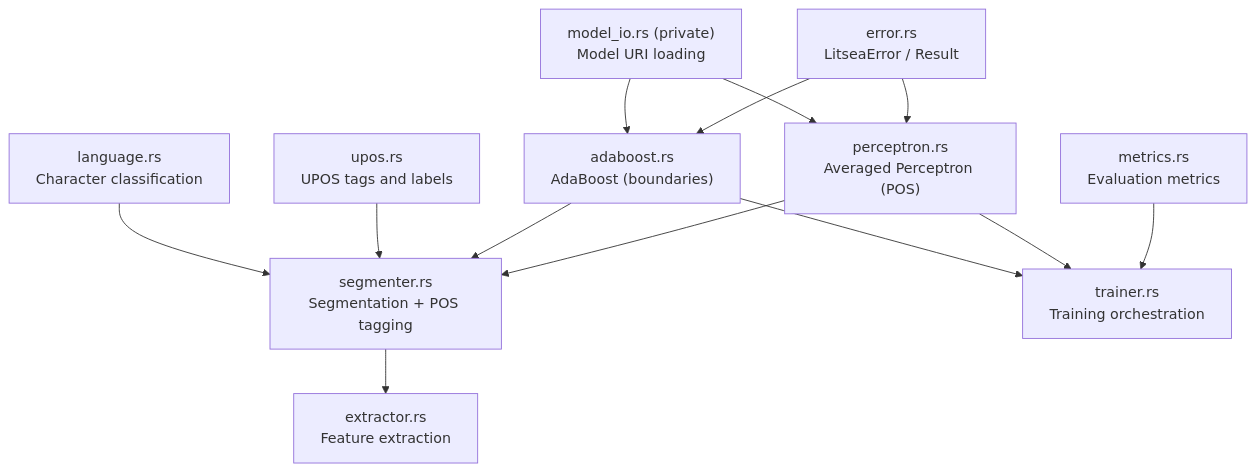
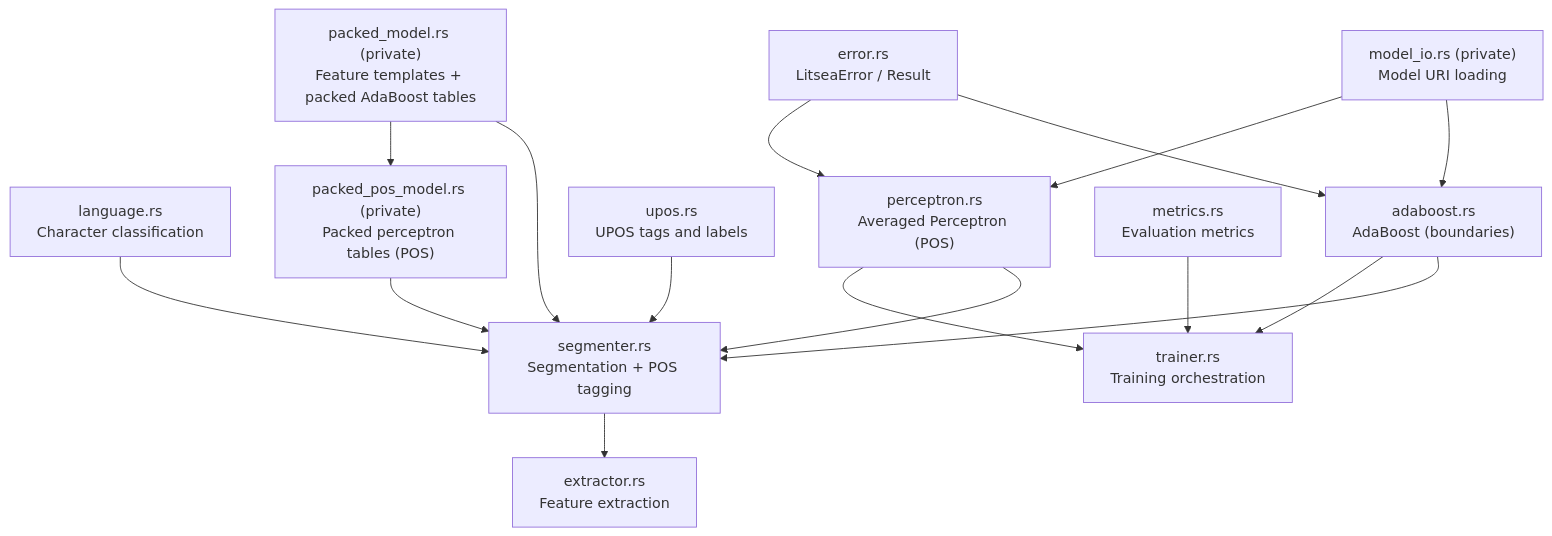
Before and after one commit to mosuka/litsea: the diagram in docs/src/architecture/module-design.md, drawn with Mermaid. The commit also changed other lines of this file and 10 other files, not shown here.

First line of the commit message:
perf: port the packed two-pass scoring pipeline to segment_with_pos() (#144)

````diff
--- a/docs/src/architecture/module-design.md
+++ b/docs/src/architecture/module-design.md
@@ -7,26 +7,31 @@
 ```mermaid
 graph TD
     language["language.rs<br/>Character classification"]
     segmenter["segmenter.rs<br/>Segmentation + POS tagging"]
     adaboost["adaboost.rs<br/>AdaBoost (boundaries)"]
     perceptron["perceptron.rs<br/>Averaged Perceptron (POS)"]
     upos["upos.rs<br/>UPOS tags and labels"]
     extractor["extractor.rs<br/>Feature extraction"]
     trainer["trainer.rs<br/>Training orchestration"]
+    packed_model["packed_model.rs (private)<br/>Feature templates + packed AdaBoost tables"]
+    packed_pos_model["packed_pos_model.rs (private)<br/>Packed perceptron tables (POS)"]
     model_io["model_io.rs (private)<br/>Model URI loading"]
     error["error.rs<br/>LitseaError / Result"]
     metrics["metrics.rs<br/>Evaluation metrics"]
 
     language --> segmenter
     upos --> segmenter
     adaboost --> segmenter
     perceptron --> segmenter
+    packed_model --> segmenter
+    packed_pos_model --> segmenter
+    packed_model --> packed_pos_model
     segmenter --> extractor
     adaboost --> trainer
     perceptron --> trainer
     model_io --> adaboost
     model_io --> perceptron
     error --> adaboost
     error --> perceptron
     metrics --> trainer
 ```
````
